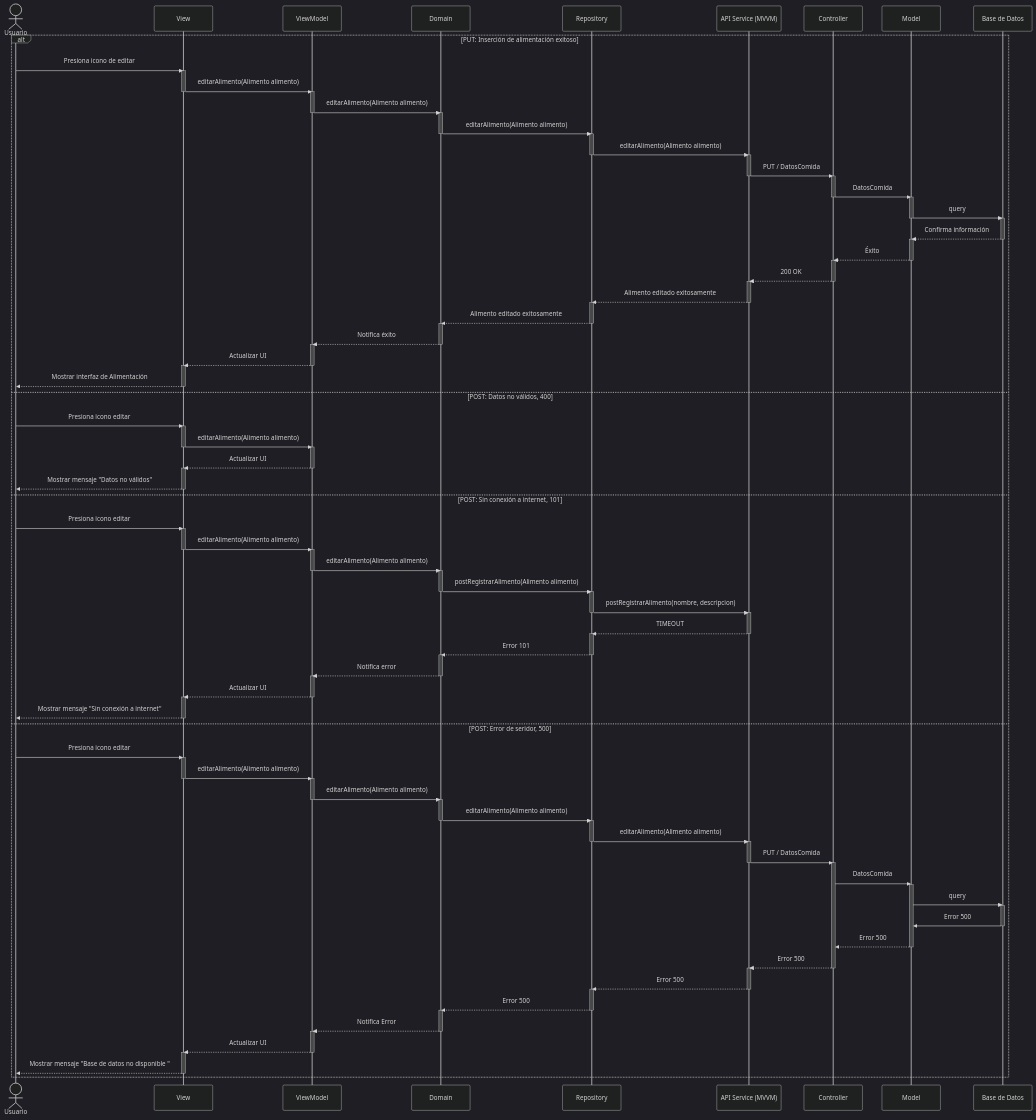
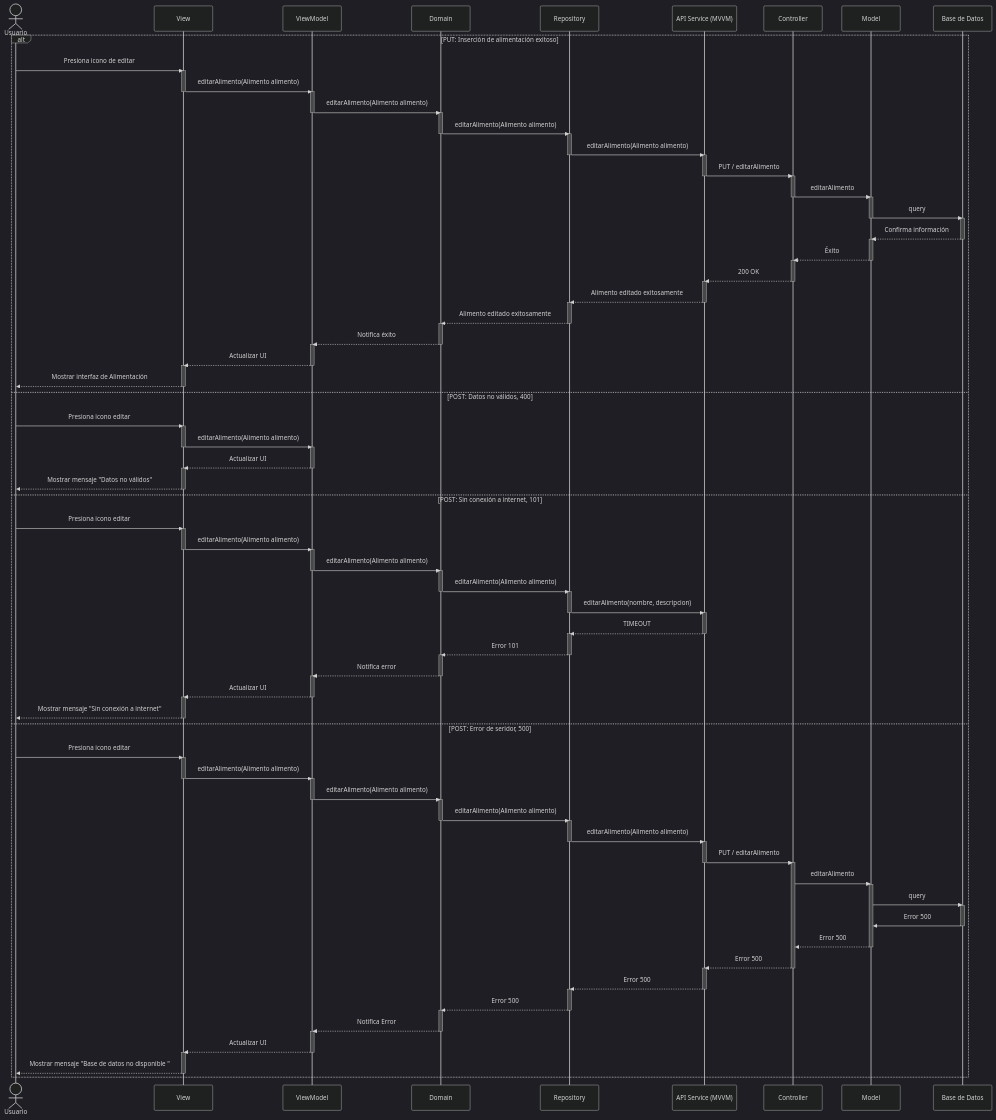
One commit to CodeAnd-Co/Documentacion changed the diagram in documentation/docs/proyectos/larvas/documentacion/requisitos/RF24.md. Above: the diagram before and after it, drawn with Mermaid (dark theme). The commit also changed other lines of this file and 5 other files, not shown here.

```diff
--- a/documentation/docs/proyectos/larvas/documentacion/requisitos/RF24.md
+++ b/documentation/docs/proyectos/larvas/documentacion/requisitos/RF24.md
@@ -54,11 +56,11 @@
         deactivate Repository
         activate APIService
 
-        APIService->>Controller: PUT / DatosComida
+        APIService->>Controller: PUT / editarAlimento
         deactivate APIService
         activate Controller
 
-        Controller->>Model: DatosComida
+        Controller->>Model: editarAlimento
         deactivate Controller
         activate Model
 
@@ -125,11 +127,11 @@
         deactivate ViewModel
         activate Domain
 
-        Domain->>Repository: postRegistrarAlimento(Alimento alimento)
+        Domain->>Repository: editarAlimento(Alimento alimento)
         deactivate Domain
         activate Repository
 
-        Repository->>APIService: postRegistrarAlimento(nombre, descripcion)
+        Repository->>APIService: editarAlimento(nombre, descripcion)
         deactivate Repository
         activate APIService
 
@@ -172,11 +174,11 @@
         deactivate Repository
         activate APIService
 
-        APIService->>Controller: PUT / DatosComida
+        APIService->>Controller: PUT / editarAlimento
         deactivate APIService
         activate Controller
 
-        Controller->>Model: DatosComida
+        Controller->>Model: editarAlimento
         
         activate Model
 
```
